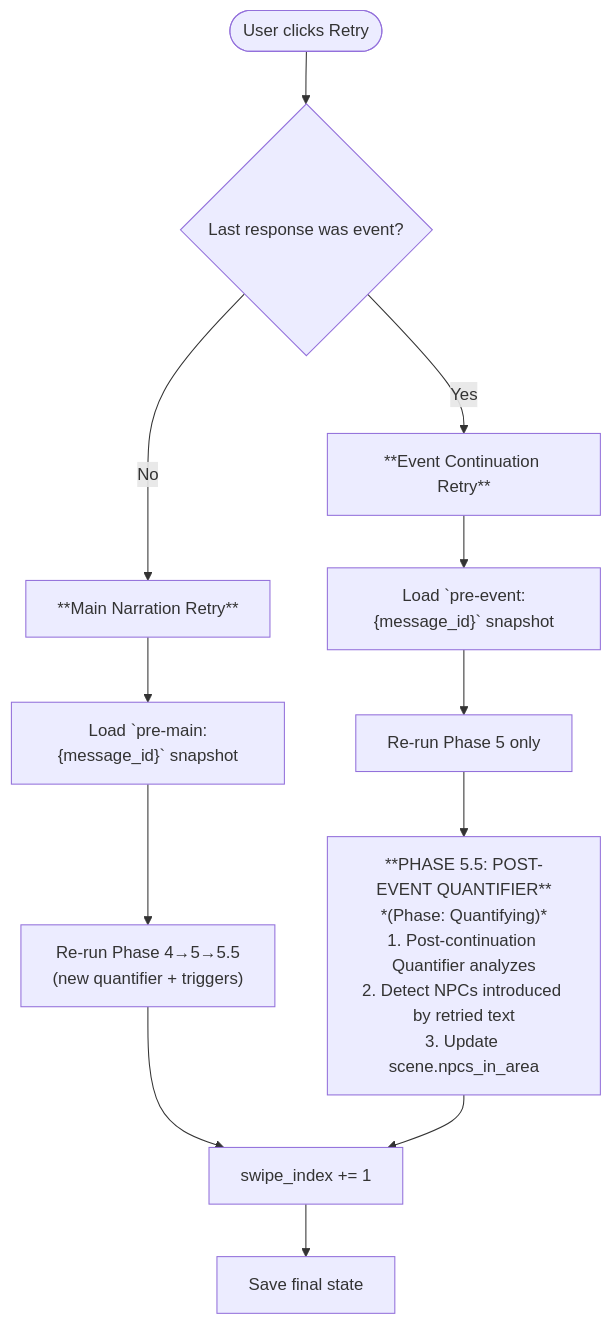
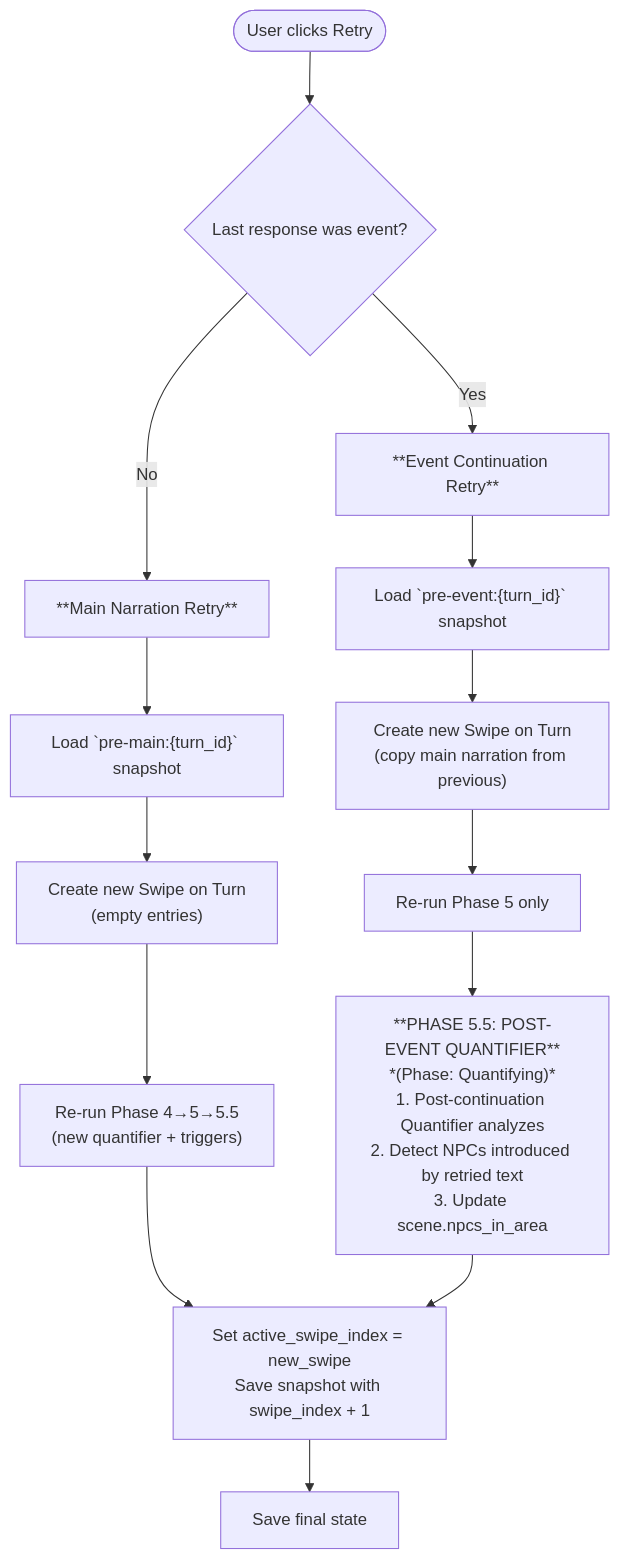
Before and after one commit to notsonormal/chronicler-engine: the third of 3 diagrams in chronicler_engine/docs/system/game_flow.md, drawn with Mermaid. The commit also changed other lines of this file and 62 other files, not shown here.

First line of the commit message:
feat(engine): implement turn + swipe domain model (ADR-012)

````diff
--- a/chronicler_engine/docs/system/game_flow.md
+++ b/chronicler_engine/docs/system/game_flow.md
@@ -145,26 +145,30 @@
 ```mermaid
 flowchart TD
     Start(["User clicks Retry"])
     Check{Last response was event?}
     Main["**Main Narration Retry**"]
     Event["**Event Continuation Retry**"]
-    PreMain["Load `pre-main:{message_id}` snapshot"]
-    PreEvent["Load `pre-event:{message_id}` snapshot"]
+    PreMain["Load `pre-main:{turn_id}` snapshot"]
+    PreEvent["Load `pre-event:{turn_id}` snapshot"]
+    NewSwipeMain["Create new Swipe on Turn<br>(empty entries)"]
+    NewSwipeEvent["Create new Swipe on Turn<br>(copy main narration from previous)"]
     ReGenMain["Re-run Phase 4→5→5.5<br>(new quantifier + triggers)"]
     ReGenEvent["Re-run Phase 5 only"]
     Phase55["**PHASE 5.5: POST-EVENT QUANTIFIER**<br>*(Phase: Quantifying)*<br>1. Post-continuation Quantifier analyzes<br>2. Detect NPCs introduced by retried text<br>3. Update scene.npcs_in_area"]
-    IncSwipe["`swipe_index += 1`"]
+    IncSwipe["Set active_swipe_index = new_swipe<br>Save snapshot with swipe_index + 1"]
     Save["Save final state"]
 
     Start --> Check
     Check -->|No| Main
     Check -->|Yes| Event
     Main --> PreMain
     Event --> PreEvent
-    PreMain --> ReGenMain
-    PreEvent --> ReGenEvent
+    PreMain --> NewSwipeMain
+    PreEvent --> NewSwipeEvent
+    NewSwipeMain --> ReGenMain
+    NewSwipeEvent --> ReGenEvent
     ReGenMain --> IncSwipe
     ReGenEvent --> Phase55
     Phase55 --> IncSwipe
     IncSwipe --> Save
 ```
````
